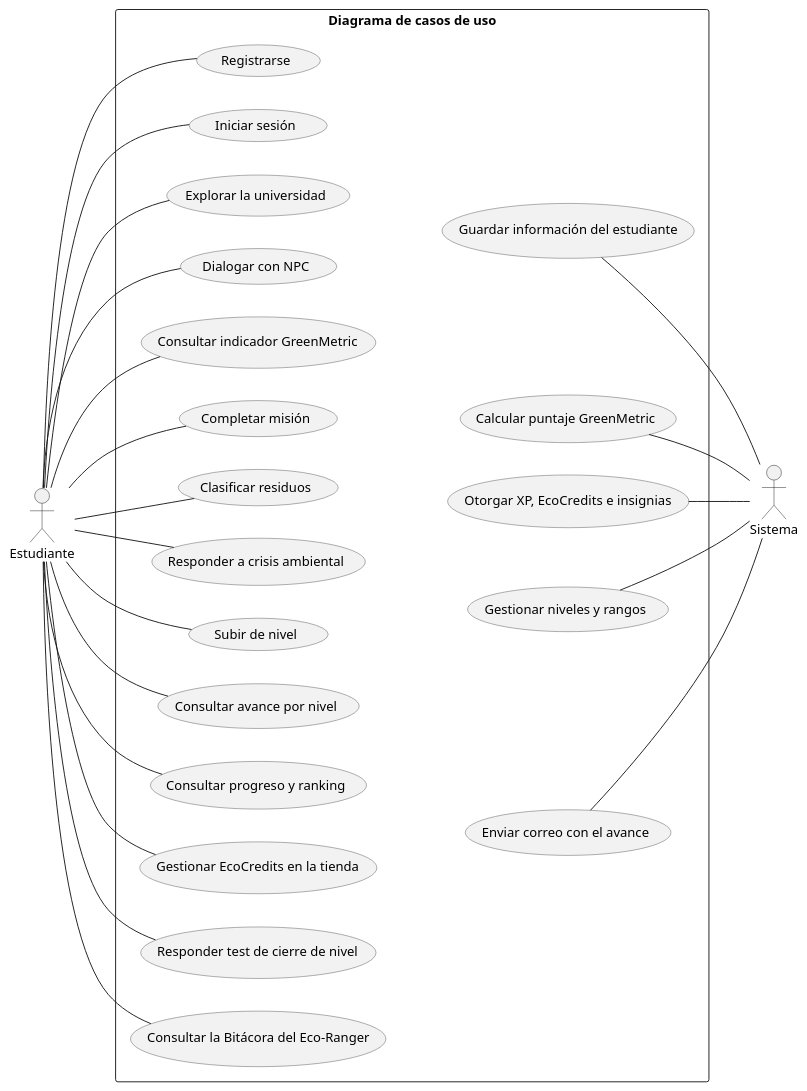
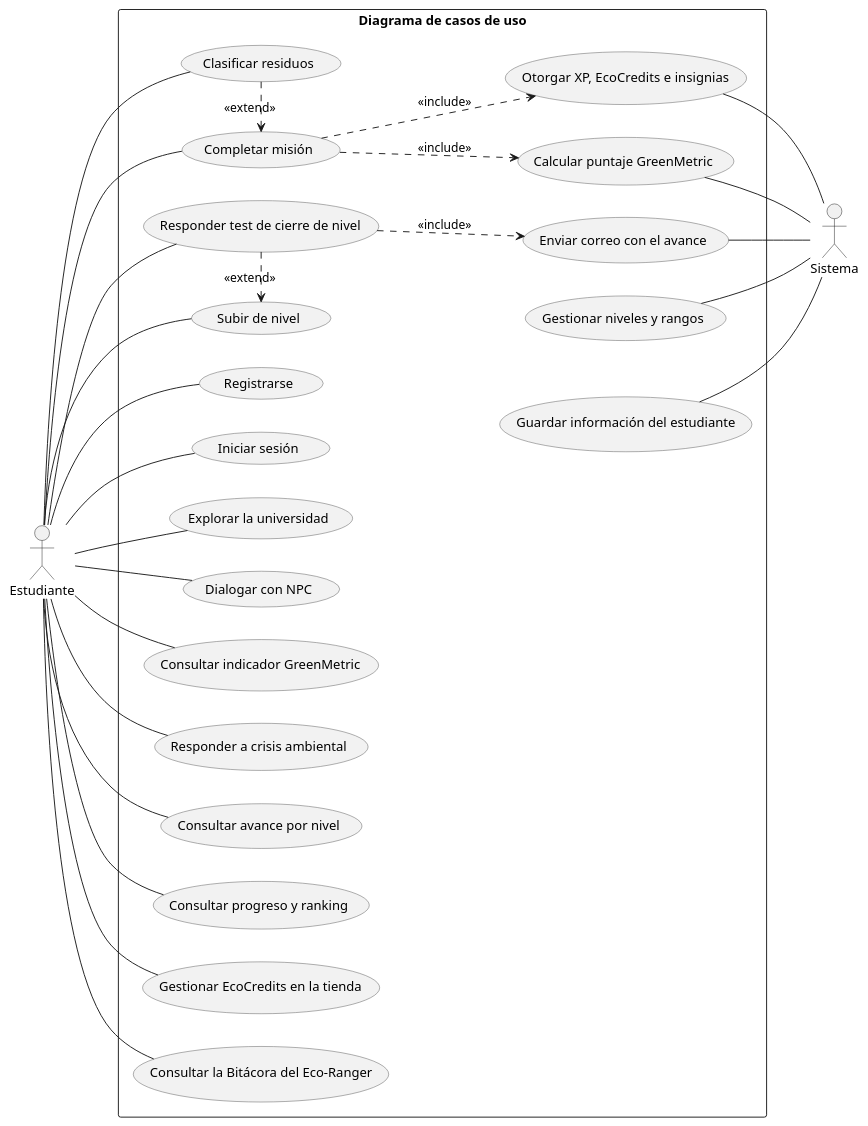
One commit to Ereyes05/green-metric-urbe changed the diagram in docs/diagrama_casos_uso.puml. Above: the diagram before and after it, drawn with PlantUML.

Commit message:
docs: casos de uso con include/extend; Clasificar residuos como extend de Completar misión

```diff
--- a/docs/diagrama_casos_uso.puml
+++ b/docs/diagrama_casos_uso.puml
@@ -12,61 +12,66 @@
 @startuml
 left to right direction
 skinparam usecase {
   BackgroundColor #F2F2F2
   BorderColor #555555
 }
 
 actor Estudiante
 actor Sistema
 
 rectangle "Diagrama de casos de uso" {
   usecase "Registrarse" as HU1
   usecase "Iniciar sesión" as HU2
   usecase "Explorar la universidad" as HU3
   usecase "Dialogar con NPC" as HU4
   usecase "Consultar indicador GreenMetric" as HU5
   usecase "Completar misión" as HU6
   usecase "Clasificar residuos" as HU7
   usecase "Responder a crisis ambiental" as HU8
   usecase "Subir de nivel" as HU9
   usecase "Consultar avance por nivel" as HU10
   usecase "Consultar progreso y ranking" as HU11
   usecase "Gestionar EcoCredits en la tienda" as HU12
   usecase "Responder test de cierre de nivel" as HU13
   usecase "Consultar la Bitácora del Eco-Ranger" as HU14
 
   usecase "Guardar información del estudiante" as S1
   usecase "Calcular puntaje GreenMetric" as S2
   usecase "Otorgar XP, EcoCredits e insignias" as S3
   usecase "Gestionar niveles y rangos" as S4
   usecase "Enviar correo con el avance" as S5
 }
 
 Estudiante -- HU1
 Estudiante -- HU2
 Estudiante -- HU3
 Estudiante -- HU4
 Estudiante -- HU5
 Estudiante -- HU6
 Estudiante -- HU7
 Estudiante -- HU8
 Estudiante -- HU9
 Estudiante -- HU10
 Estudiante -- HU11
 Estudiante -- HU12
 Estudiante -- HU13
 Estudiante -- HU14
 
 ' Columna del sistema, repartida a lo alto junto a los casos que la usan
 HU2 -[hidden]-> S1
-HU6 -[hidden]-> S2
-HU7 -[hidden]-> S3
 HU9 -[hidden]-> S4
-HU13 -[hidden]-> S5
 
 S1 -- Sistema
 S2 -- Sistema
 S3 -- Sistema
 S4 -- Sistema
 S5 -- Sistema
+
+' Relaciones entre casos: «include» = siempre lo ejecuta; «extend» = lo agrega
+' solo en ciertos casos (la flecha sale del caso que extiende).
+HU6 ..> S2 : <<include>>
+HU6 ..> S3 : <<include>>
+HU13 ..> S5 : <<include>>
+HU7 .> HU6 : <<extend>>
+HU13 .> HU9 : <<extend>>
 @enduml
```
